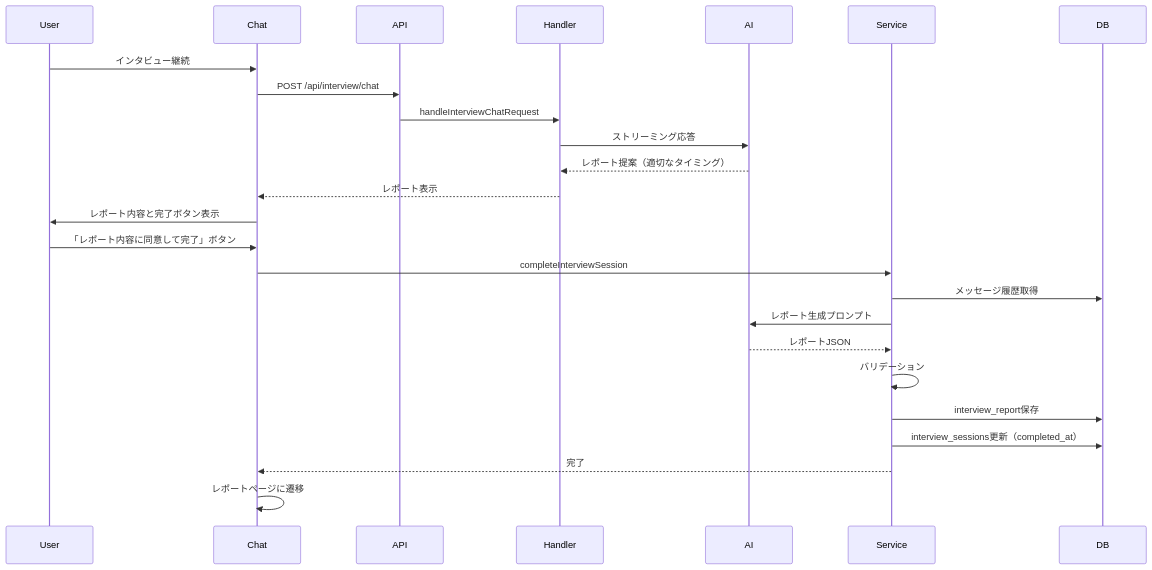
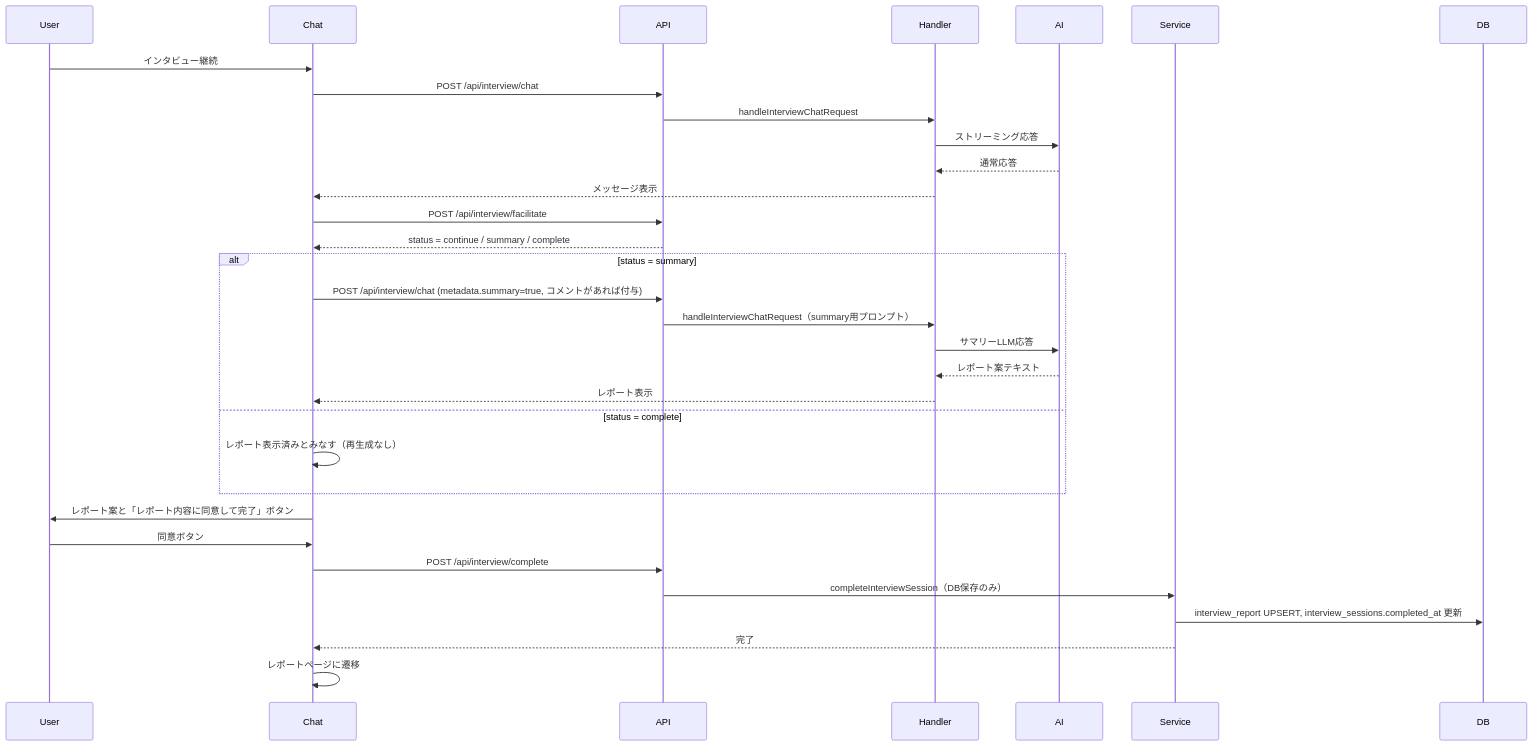
One commit to team-mirai-volunteer/mirai-gikai changed the third of 3 diagrams in docs/20251221_1817_法案インタビュー機能実装計画.md. Above: the diagram before and after it, drawn with Mermaid. The commit also changed other lines of this file and 15 other files, not shown here.

````diff
--- a/docs/20251221_1817_法案インタビュー機能実装計画.md
+++ b/docs/20251221_1817_法案インタビュー機能実装計画.md
@@ -201,28 +210,35 @@
 ```mermaid
 sequenceDiagram
     participant User
     participant Chat
     participant API
     participant Handler
     participant AI
     participant Service
     participant DB
     
     User->>Chat: インタビュー継続
     Chat->>API: POST /api/interview/chat
     API->>Handler: handleInterviewChatRequest
     Handler->>AI: ストリーミング応答
-    AI-->>Handler: レポート提案（適切なタイミング）
-    Handler-->>Chat: レポート表示
-    Chat->>User: レポート内容と完了ボタン表示
-    User->>Chat: 「レポート内容に同意して完了」ボタン
-    Chat->>Service: completeInterviewSession
-    Service->>DB: メッセージ履歴取得
-    Service->>AI: レポート生成プロンプト
-    AI-->>Service: レポートJSON
-    Service->>Service: バリデーション
-    Service->>DB: interview_report保存
-    Service->>DB: interview_sessions更新（completed_at）
+    AI-->>Handler: 通常応答
+    Handler-->>Chat: メッセージ表示
+    Chat->>API: POST /api/interview/facilitate
+    API-->>Chat: status = continue / summary / complete
+    alt status = summary
+        Chat->>API: POST /api/interview/chat (metadata.summary=true, コメントがあれば付与)
+        API->>Handler: handleInterviewChatRequest（summary用プロンプト）
+        Handler->>AI: サマリーLLM応答
+        AI-->>Handler: レポート案テキスト
+        Handler-->>Chat: レポート表示
+    else status = complete
+        Chat->>Chat: レポート表示済みとみなす（再生成なし）
+    end
+    Chat->>User: レポート案と「レポート内容に同意して完了」ボタン
+    User->>Chat: 同意ボタン
+    Chat->>API: POST /api/interview/complete
+    API->>Service: completeInterviewSession（DB保存のみ）
+    Service->>DB: interview_report UPSERT, interview_sessions.completed_at 更新
     Service-->>Chat: 完了
     Chat->>Chat: レポートページに遷移
 ```
````
